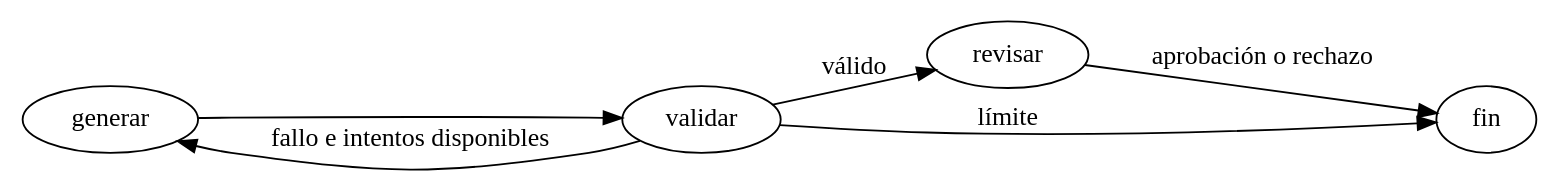
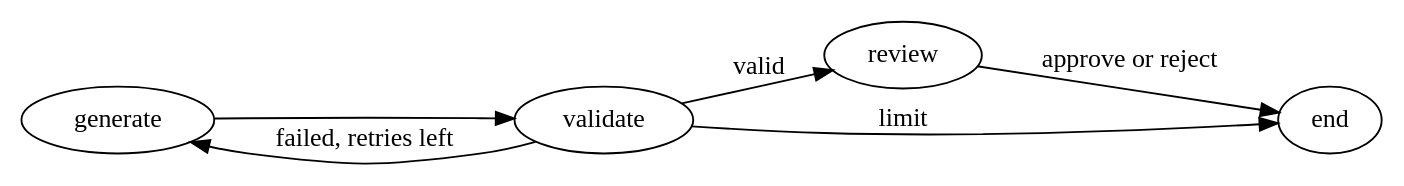
Before and after one commit to TheBeachLab/selfhosted: the diagram in doc/graph-tools.md, drawn with Graphviz. The commit also changed other lines of this file and 6 other files, not shown here.

Commit message:
Rewrite graph documentation in the repository writing style

````diff
--- a/doc/graph-tools.md
+++ b/doc/graph-tools.md
@@ -80,10 +83,10 @@
 ```dot
 digraph loop {
   rankdir=LR;
-  generar -> validar;
-  validar -> generar [label="fallo e intentos disponibles"];
-  validar -> revisar [label="válido"];
-  validar -> fin [label="límite"];
-  revisar -> fin [label="aprobación o rechazo"];
+  generate -> validate;
+  validate -> generate [label="failed, retries left"];
+  validate -> review [label="valid"];
+  validate -> end [label="limit"];
+  review -> end [label="approve or reject"];
 }
 ```
````
